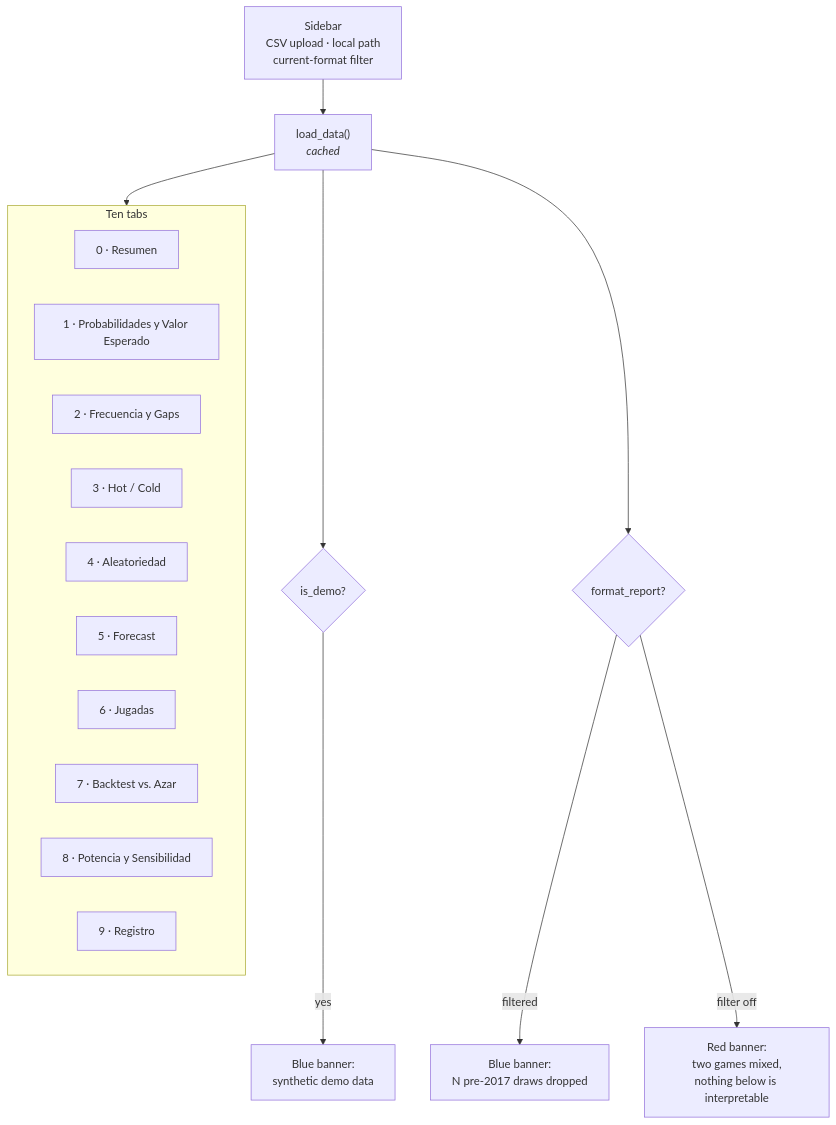
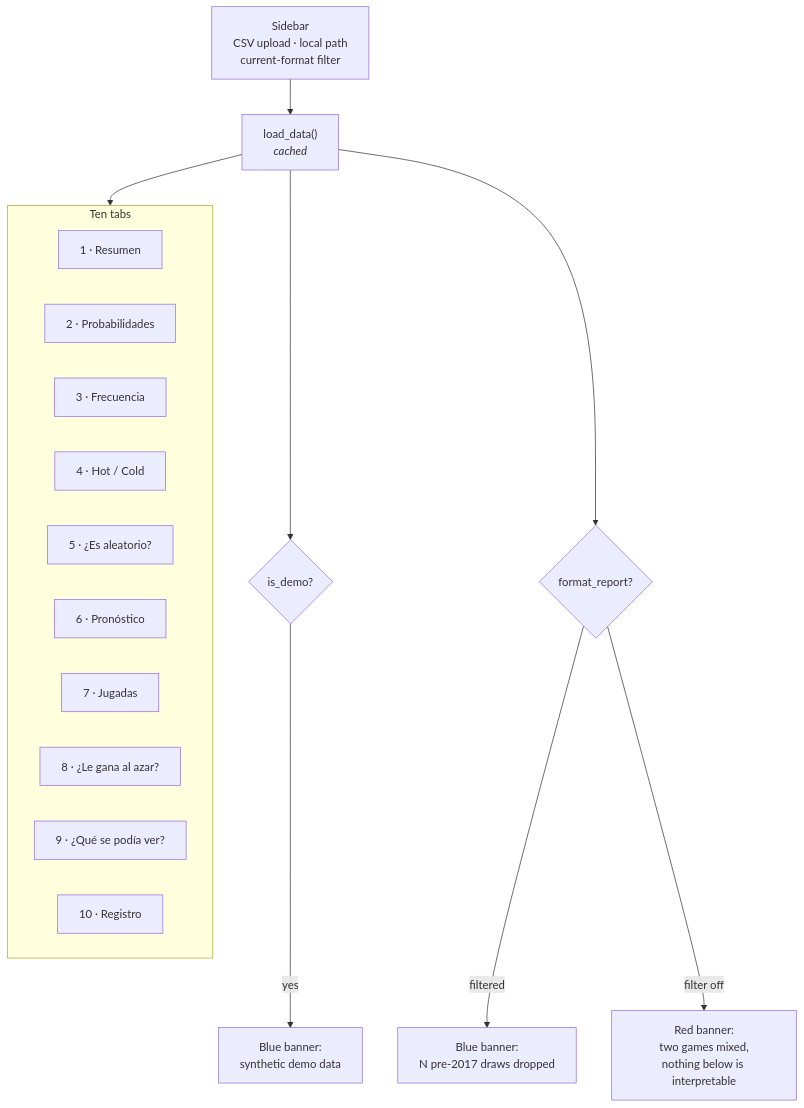
Before and after one commit to andresfelipe9619/prophet-playground: the diagram in docs/dashboard.md, drawn with Mermaid. The commit also changed other lines of this file and 12 other files, not shown here.

````diff
--- a/docs/dashboard.md
+++ b/docs/dashboard.md
@@ -46,23 +47,23 @@
 ```mermaid
 flowchart TD
     SIDE["Sidebar<br/>CSV upload · local path<br/>current-format filter"] --> LOAD["load_data()<br/><i>cached</i>"]
     LOAD --> BANNER{"is_demo?"}
     BANNER -->|"yes"| INFO["Blue banner:<br/>synthetic demo data"]
     LOAD --> FMT{"format_report?"}
     FMT -->|"filtered"| DROP["Blue banner:<br/>N pre-2017 draws dropped"]
     FMT -->|"filter off"| MIX["Red banner:<br/>two games mixed,<br/>nothing below is interpretable"]
     LOAD --> T
 
     subgraph T["Ten tabs"]
-        T0["0 · Resumen"]
-        T1["1 · Probabilidades y Valor Esperado"]
-        T2["2 · Frecuencia y Gaps"]
-        T3["3 · Hot / Cold"]
-        T4["4 · Aleatoriedad"]
-        T5["5 · Forecast"]
-        T6["6 · Jugadas"]
-        T7["7 · Backtest vs. Azar"]
-        T8["8 · Potencia y Sensibilidad"]
-        T9["9 · Registro"]
+        T1["1 · Resumen"]
+        T2["2 · Probabilidades"]
+        T3["3 · Frecuencia"]
+        T4["4 · Hot / Cold"]
+        T5["5 · ¿Es aleatorio?"]
+        T6["6 · Pronóstico"]
+        T7["7 · Jugadas"]
+        T8["8 · ¿Le gana al azar?"]
+        T9["9 · ¿Qué se podía ver?"]
+        T10["10 · Registro"]
     end
 ```
````
